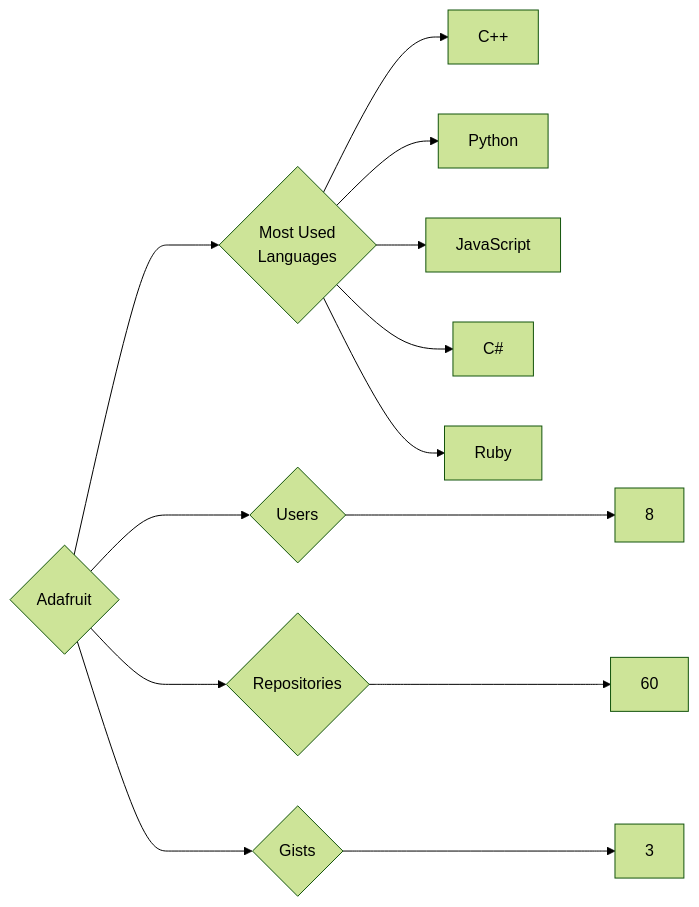
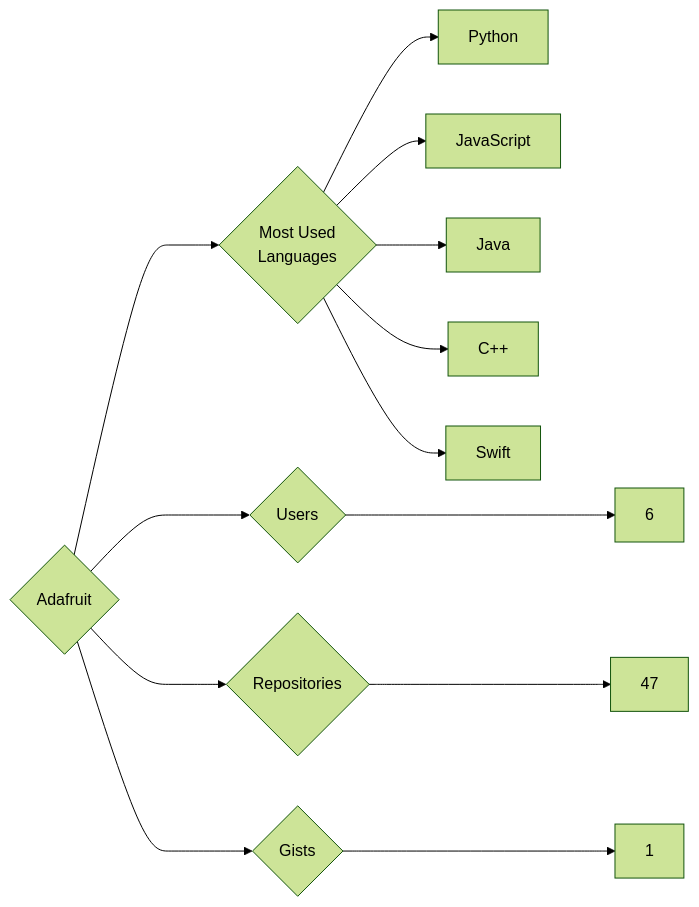
One commit to trickest/insiders changed the diagram in targets/Adafruit/README.md. Above: the diagram before and after it, drawn with Mermaid (forest theme). The commit also changed 993 other files, not shown here.

````diff
--- a/targets/Adafruit/README.md
+++ b/targets/Adafruit/README.md
@@ -3,13 +3,13 @@
 ```mermaid
 graph LR
 COMPANY_NAME{Adafruit}
-COMPANY_NAME ---> U{Users} ---> UN[8]
-COMPANY_NAME ---> R{Repositories} ---> RN[60]
-COMPANY_NAME ---> G{Gists} ---> GN[3]
+COMPANY_NAME ---> U{Users} ---> UN[6]
+COMPANY_NAME ---> R{Repositories} ---> RN[47]
+COMPANY_NAME ---> G{Gists} ---> GN[1]
 COMPANY_NAME ---> ML{Most Used<br>Languages}
-ML --> C++[C++]
 ML --> Python[Python]
 ML --> JavaScript[JavaScript]
-ML --> C#[C#]
-ML --> Ruby[Ruby]
+ML --> Java[Java]
+ML --> C++[C++]
+ML --> Swift[Swift]
 ```
````
